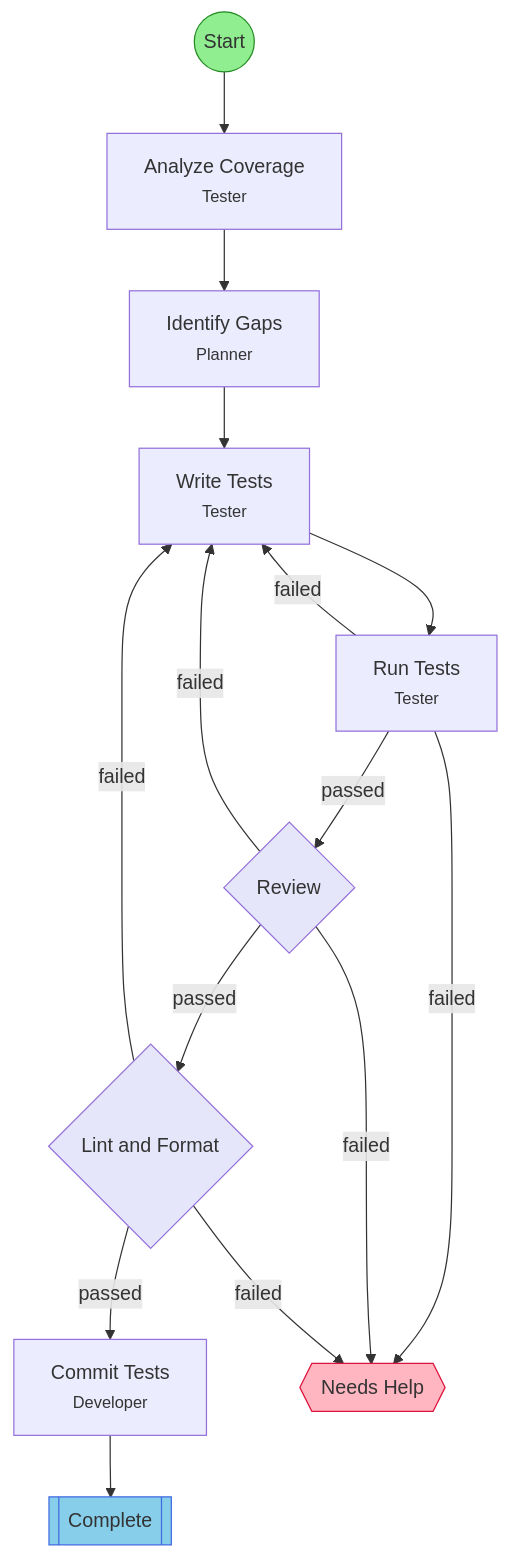
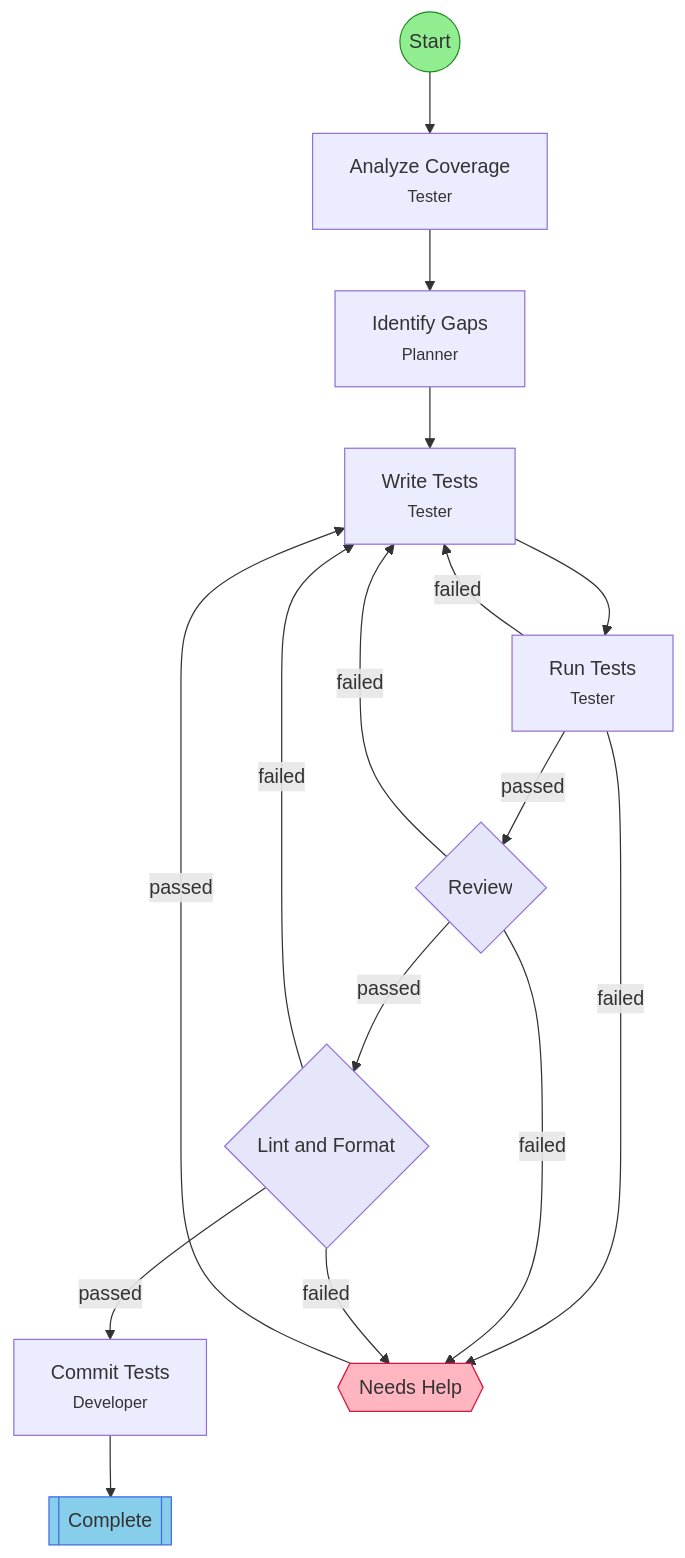
The diagram in .flow/diagrams/test-coverage.md (leclabs/agent-toolkit), drawn with Mermaid before and after one commit. The commit also changed other lines of this file and 23 other files, not shown here.

First line of the commit message:
feat: enrich fork responses with per-branch step info for parallel task sets

````diff
--- a/.flow/diagrams/test-coverage.md
+++ b/.flow/diagrams/test-coverage.md
@@ -7,38 +7,40 @@
 ```mermaid
 flowchart TD
     start(("Start"))
     analyze_coverage["Analyze Coverage<br/><small>Tester</small>"]
     identify_gaps["Identify Gaps<br/><small>Planner</small>"]
     write_tests["Write Tests<br/><small>Tester</small>"]
     run_tests["Run Tests<br/><small>Tester</small>"]
     review{"Review"}
     lint_format{"Lint and Format"}
     commit["Commit Tests<br/><small>Developer</small>"]
     end_success[["Complete"]]
     hitl_failed{{"Needs Help"}}
 
     start --> analyze_coverage
     analyze_coverage --> identify_gaps
     identify_gaps --> write_tests
     write_tests --> run_tests
     run_tests -->|failed| write_tests
     run_tests -->|failed| hitl_failed
     run_tests -->|passed| review
     review -->|failed| write_tests
     review -->|failed| hitl_failed
     review -->|passed| lint_format
     lint_format -->|passed| commit
     lint_format -->|failed| write_tests
     lint_format -->|failed| hitl_failed
     commit --> end_success
+    hitl_failed -->|passed| write_tests
 
     classDef startStep fill:#90EE90,stroke:#228B22
     classDef successStep fill:#87CEEB,stroke:#4169E1
     classDef hitlStep fill:#FFB6C1,stroke:#DC143C
     classDef gateStep fill:#E6E6FA,stroke:#9370DB
+    classDef forkJoinStep fill:#FFEAA7,stroke:#FDCB6E
     classDef currentStep fill:#FFD700,stroke:#FF8C00,stroke-width:3px
     class start startStep
     class end_success successStep
     class hitl_failed hitlStep
     class review,lint_format gateStep
 ```
````
